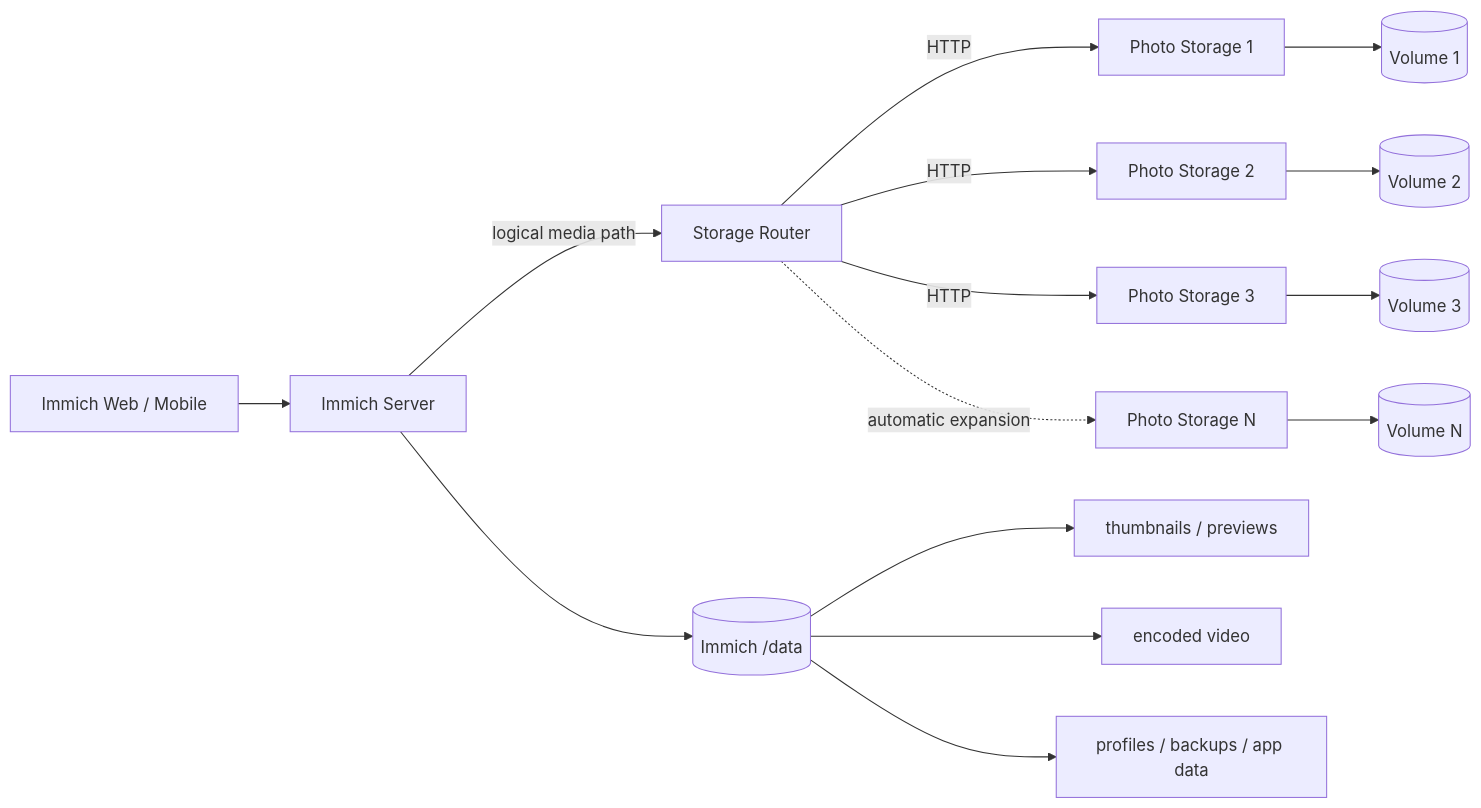
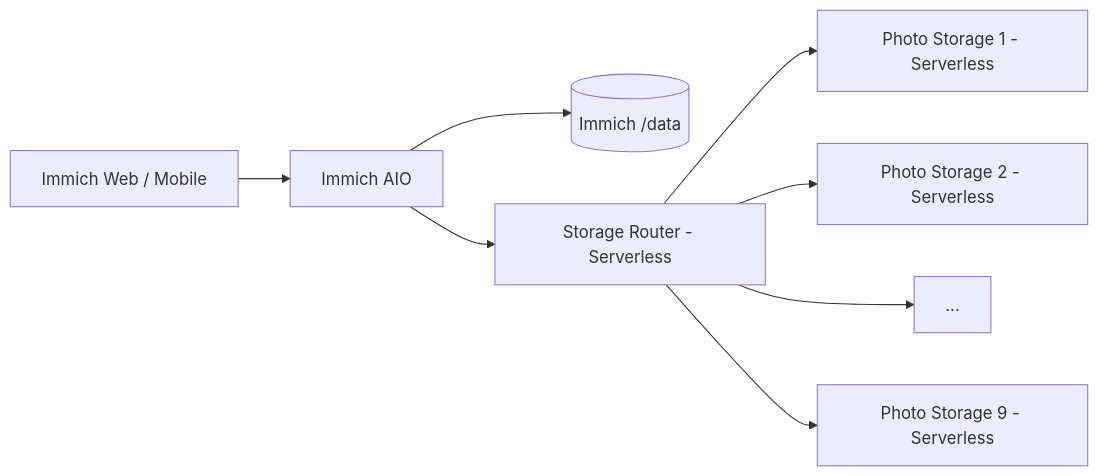
Before and after one commit to bowardzhang/immich: the diagram in README.en.md, drawn with Mermaid. The commit also changed other lines of this file, not shown here.

Commit message:
docs: update English repository overview for fixed nine-node architecture

````diff
--- a/README.en.md
+++ b/README.en.md
@@ -29,17 +12,10 @@
 ```mermaid
 flowchart LR
-    A[Immich Web / Mobile] --> B[Immich Server]
-    B -->|logical media path| C[Storage Router]
-    B --> D[(Immich /data)]
-    C -->|HTTP| S1[Photo Storage 1]
-    C -->|HTTP| S2[Photo Storage 2]
-    C -->|HTTP| S3[Photo Storage 3]
-    C -.->|automatic expansion| SN[Photo Storage N]
-    S1 --> V1[(Volume 1)]
-    S2 --> V2[(Volume 2)]
-    S3 --> V3[(Volume 3)]
-    SN --> VN[(Volume N)]
-    D --> D1[thumbnails / previews]
-    D --> D2[encoded video]
-    D --> D3[profiles / backups / app data]
+    U[Immich Web / Mobile] --> I[Immich AIO]
+    I --> D[(Immich /data)]
+    I --> R[Storage Router - Serverless]
+    R --> S1[Photo Storage 1 - Serverless]
+    R --> S2[Photo Storage 2 - Serverless]
+    R --> SX[...]
+    R --> S9[Photo Storage 9 - Serverless]
 ```
````
